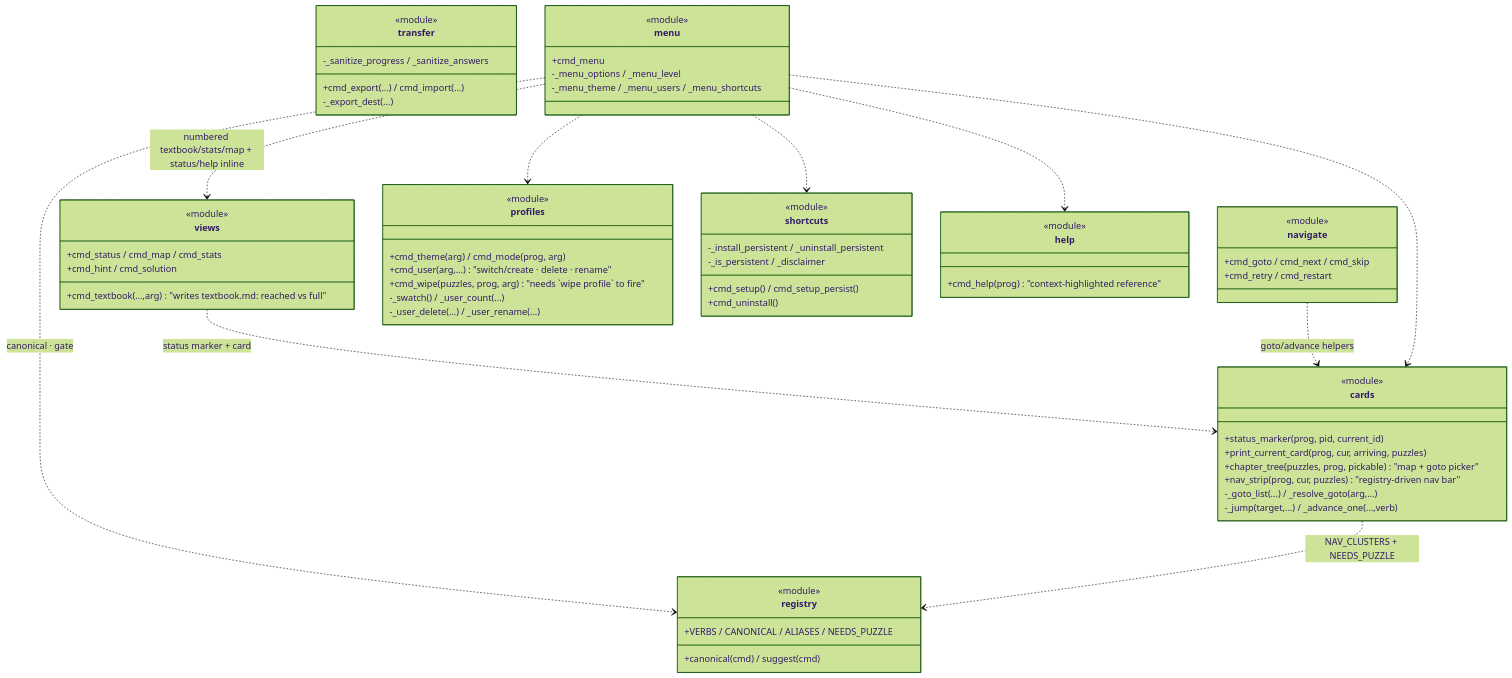
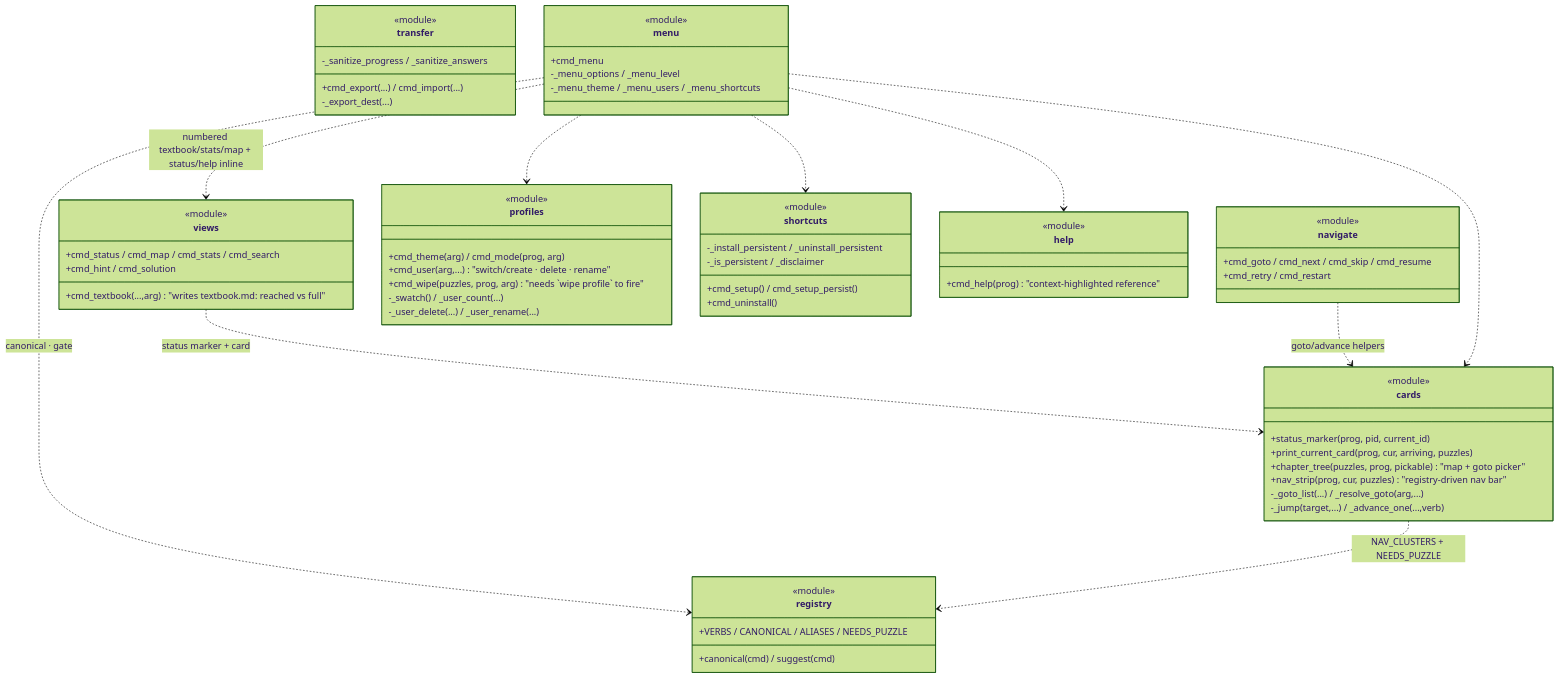
One commit to N041M/PyQuest changed the second of 4 diagrams in docs/architecture/commands.md. Above: the diagram before and after it, drawn with Mermaid (forest theme). The commit also changed 11 other files, not shown here.

Commit message:
Add search (find puzzles by keyword) and resume (jump to first unsolved)

````diff
--- a/docs/architecture/commands.md
+++ b/docs/architecture/commands.md
@@ -51,68 +51,68 @@
 ```mermaid
 classDiagram
     class registry {
         <<module>>
         +VERBS / CANONICAL / ALIASES / NEEDS_PUZZLE
         +canonical(cmd) / suggest(cmd)
     }
     class cards {
         <<module>>
         +status_marker(prog, pid, current_id)
         +print_current_card(prog, cur, arriving, puzzles)
         +chapter_tree(puzzles, prog, pickable)  "map + goto picker"
         +nav_strip(prog, cur, puzzles)  "registry-driven nav bar"
         -_goto_list(...) / _resolve_goto(arg,...)
         -_jump(target,...) / _advance_one(...,verb)
     }
     class views {
         <<module>>
-        +cmd_status / cmd_map / cmd_stats
+        +cmd_status / cmd_map / cmd_stats / cmd_search
         +cmd_hint / cmd_solution
         +cmd_textbook(...,arg)  "writes textbook.md: reached vs full"
     }
     class navigate {
         <<module>>
-        +cmd_goto / cmd_next / cmd_skip
+        +cmd_goto / cmd_next / cmd_skip / cmd_resume
         +cmd_retry / cmd_restart
     }
     class profiles {
         <<module>>
         +cmd_theme(arg) / cmd_mode(prog, arg)
         +cmd_user(arg,...)  "switch/create · delete · rename"
         +cmd_wipe(puzzles, prog, arg)  "needs `wipe profile` to fire"
         -_swatch() / _user_count(...)
         -_user_delete(...) / _user_rename(...)
     }
     class transfer {
         <<module>>
         +cmd_export(...) / cmd_import(...)
         -_export_dest(...)
         -_sanitize_progress / _sanitize_answers
     }
     class shortcuts {
         <<module>>
         +cmd_setup() / cmd_setup_persist()
         +cmd_uninstall()
         -_install_persistent / _uninstall_persistent
         -_is_persistent / _disclaimer
     }
     class menu {
         <<module>>
         +cmd_menu
         -_menu_options / _menu_level
         -_menu_theme / _menu_users / _menu_shortcuts
     }
     class help {
         <<module>>
         +cmd_help(prog)  "context-highlighted reference"
     }
     views ..> cards : status marker + card
     navigate ..> cards : goto/advance helpers
     menu ..> cards
     menu ..> profiles
     menu ..> shortcuts
     menu ..> views : numbered textbook/stats/map + status/help inline
     menu ..> help
     menu ..> registry : canonical · gate
     cards ..> registry : NAV_CLUSTERS + NEEDS_PUZZLE
 ```
````
